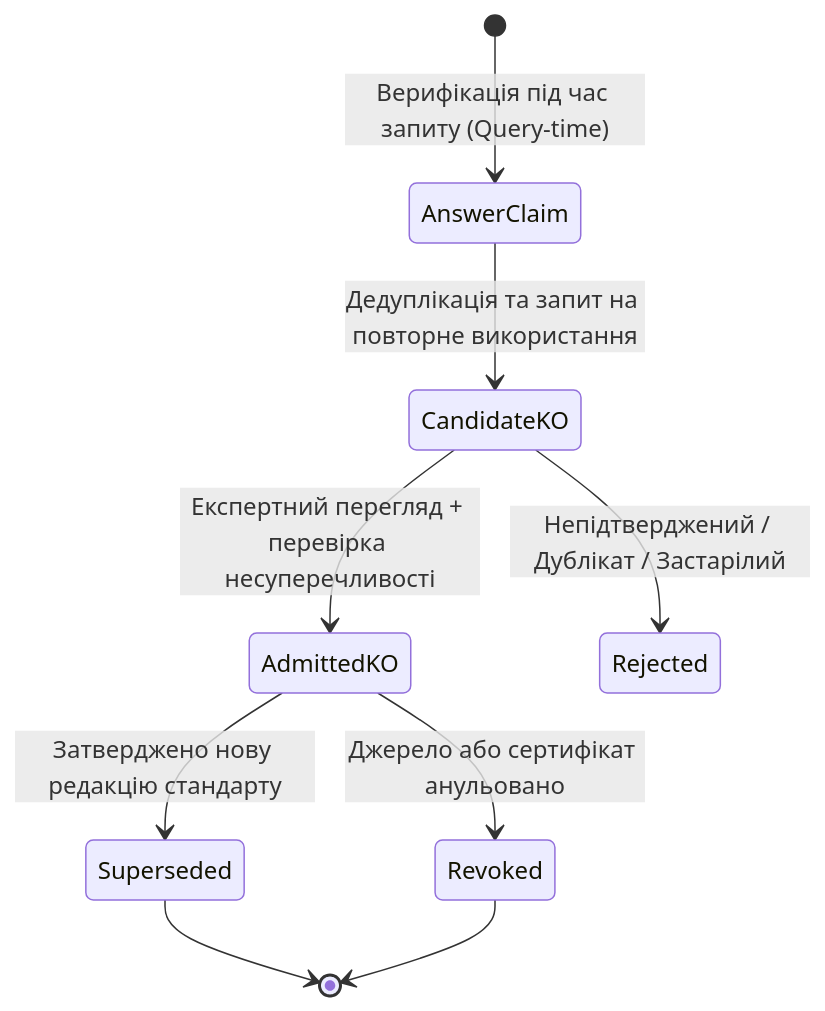
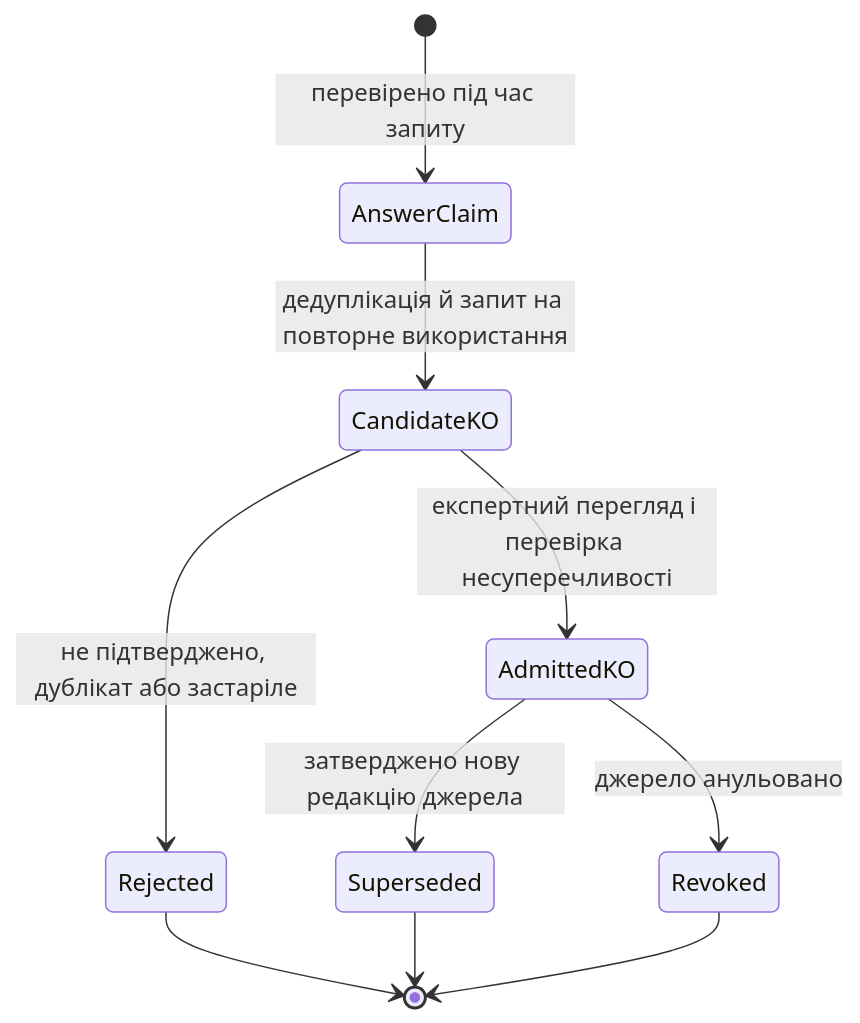
One commit to nick-fedchik/articles changed the seventh of 7 diagrams in ExpertSystem/ch19-from-question-to-evidence.md. Above: the diagram before and after it, drawn with Mermaid. The commit also changed other lines of this file, not shown here.

````diff
--- a/ExpertSystem/ch19-from-question-to-evidence.md
+++ b/ExpertSystem/ch19-from-question-to-evidence.md
@@ -361,14 +498,15 @@
 ```mermaid
 stateDiagram-v2
-    accTitle: Життєвий цикл перетворення разової відповіді на канонічний об'єкт знань
-    accDescr: Стани об'єкта знань - AnswerClaim, CandidateKO, AdmittedKO, Superseded та Revoked.
+    accTitle: Життєвий цикл твердження від відповіді до об'єкта знань
+    accDescr: Твердження з відповіді стає кандидатом після дедуплікації, допускається після експертного перегляду й перевірки несуперечливості, а згодом може бути замінене новою редакцією або відкликане.
 
-    [*] --> AnswerClaim: Верифікація під час запиту (Query-time)
-    AnswerClaim --> CandidateKO: Дедуплікація та запит на повторне використання
-    CandidateKO --> AdmittedKO: Експертний перегляд + перевірка несуперечливості
-    CandidateKO --> Rejected: Непідтверджений / Дублікат / Застарілий
-    AdmittedKO --> Superseded: Затверджено нову редакцію стандарту
-    AdmittedKO --> Revoked: Джерело або сертифікат анульовано
+    [*] --> AnswerClaim: перевірено під час запиту
+    AnswerClaim --> CandidateKO: дедуплікація й запит на повторне використання
+    CandidateKO --> AdmittedKO: експертний перегляд і перевірка несуперечливості
+    CandidateKO --> Rejected: не підтверджено, дублікат або застаріле
+    AdmittedKO --> Superseded: затверджено нову редакцію джерела
+    AdmittedKO --> Revoked: джерело анульовано
+    Rejected --> [*]
     Superseded --> [*]
     Revoked --> [*]
 ```
````
